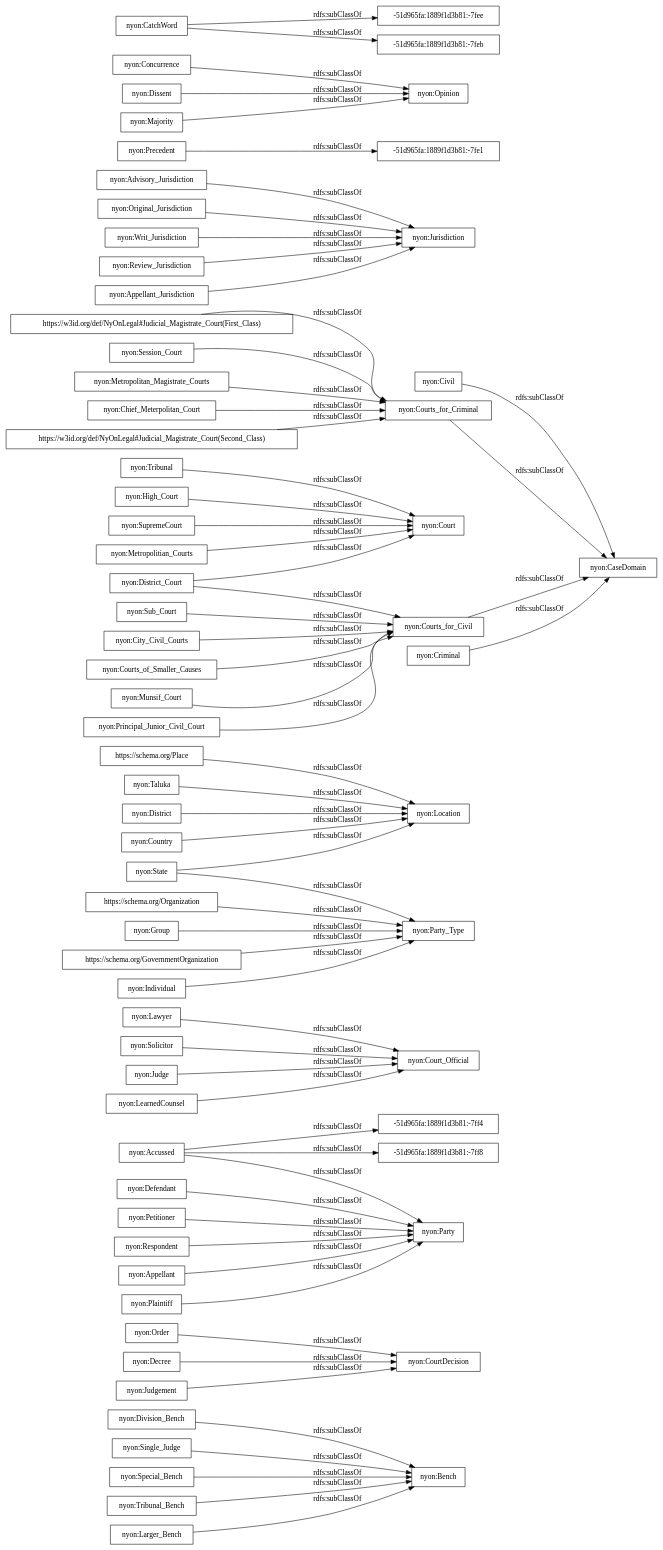
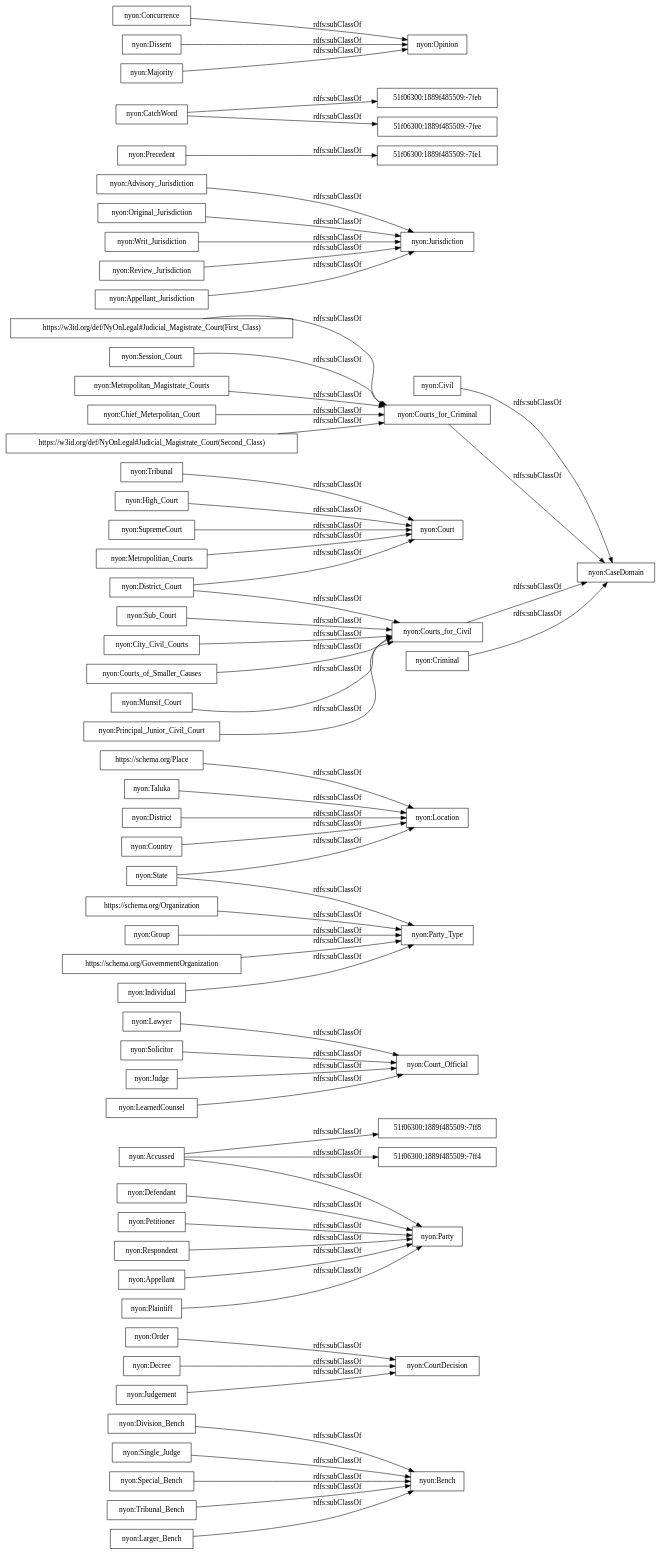
Before and after one commit to ahmad88me/NyOn: the diagram in OnToology/NyOn.owl/diagrams/ar2dtool-taxonomy/NyOn.owl.png.dot, drawn with Graphviz. The commit also changed 23 other files, not shown here.

```diff
--- a/OnToology/NyOn.owl/diagrams/ar2dtool-taxonomy/NyOn.owl.png.dot
+++ b/OnToology/NyOn.owl/diagrams/ar2dtool-taxonomy/NyOn.owl.png.dot
@@ -1,67 +1,67 @@
 digraph ar2dtool_diagram { 
 rankdir=LR;
 size="1000"
-node [shape = rectangle, color="black"]; "nyon:Division_Bench" "nyon:Order" "nyon:Decree" "nyon:Bench" "nyon:Party" "-51d965fa:1889f1d3b81:-7ff8" "nyon:Defendant" "nyon:Lawyer" "https://schema.org/Place" "nyon:Accussed" "nyon:Civil" "nyon:Taluka" "nyon:Principal_Junior_Civil_Court" "nyon:Solicitor" "nyon:Advisory_Jurisdiction" "nyon:Single_Judge" "nyon:Session_Court" "nyon:Metropolitan_Magistrate_Courts" "nyon:District_Court" "nyon:Chief_Meterpolitan_Court" "nyon:Original_Jurisdiction" "nyon:Court_Official" "nyon:Precedent" "nyon:Court" "nyon:High_Court" "https://w3id.org/def/NyOnLegal#Judicial_Magistrate_Court(Second_Class)" "nyon:State" "nyon:Concurrence" "nyon:Courts_for_Criminal" "nyon:Courts_for_Civil" "nyon:Writ_Jurisdiction" "nyon:Location" "nyon:District" "nyon:Review_Jurisdiction" "nyon:City_Civil_Courts" "nyon:Appellant_Jurisdiction" "nyon:SupremeCourt" "nyon:Special_Bench" "nyon:Individual" "nyon:Opinion" "nyon:Judge" "nyon:Courts_of_Smaller_Causes" "nyon:Judgement" "nyon:LearnedCounsel" "-51d965fa:1889f1d3b81:-7fee" "nyon:Tribunal_Bench" "nyon:Jurisdiction" "https://schema.org/Organization" "nyon:Metropolitian_Courts" "nyon:Criminal" "nyon:Group" "nyon:Appellant" "nyon:Munsif_Court" "nyon:CatchWord" "-51d965fa:1889f1d3b81:-7ff4" "nyon:Dissent" "nyon:Party_Type" "nyon:Plaintiff" "nyon:Country" "nyon:CourtDecision" "nyon:Tribunal" "nyon:Majority" "nyon:Petitioner" "nyon:CaseDomain" "nyon:Sub_Court" "https://schema.org/GovernmentOrganization" "nyon:Larger_Bench" "-51d965fa:1889f1d3b81:-7feb" "https://w3id.org/def/NyOnLegal#Judicial_Magistrate_Court(First_Class)" "-51d965fa:1889f1d3b81:-7fe1" "nyon:Respondent" ; /*classes style*/
+node [shape = rectangle, color="black"]; "nyon:Division_Bench" "nyon:Order" "nyon:Decree" "nyon:Bench" "nyon:Party" "nyon:Defendant" "nyon:Lawyer" "https://schema.org/Place" "nyon:Accussed" "nyon:Civil" "nyon:Taluka" "nyon:Principal_Junior_Civil_Court" "nyon:Solicitor" "nyon:Advisory_Jurisdiction" "nyon:Single_Judge" "nyon:Session_Court" "nyon:Metropolitan_Magistrate_Courts" "nyon:District_Court" "nyon:Chief_Meterpolitan_Court" "nyon:Original_Jurisdiction" "nyon:Court_Official" "nyon:Precedent" "51f06300:1889f485509:-7feb" "nyon:Court" "nyon:High_Court" "https://w3id.org/def/NyOnLegal#Judicial_Magistrate_Court(Second_Class)" "nyon:State" "nyon:Concurrence" "nyon:Courts_for_Criminal" "nyon:Courts_for_Civil" "51f06300:1889f485509:-7fee" "nyon:Writ_Jurisdiction" "nyon:Location" "nyon:District" "nyon:Review_Jurisdiction" "nyon:SupremeCourt" "nyon:City_Civil_Courts" "nyon:Special_Bench" "nyon:Appellant_Jurisdiction" "nyon:Individual" "nyon:Opinion" "nyon:Judge" "nyon:Courts_of_Smaller_Causes" "nyon:Judgement" "nyon:LearnedCounsel" "nyon:Tribunal_Bench" "nyon:Jurisdiction" "51f06300:1889f485509:-7fe1" "https://schema.org/Organization" "nyon:Metropolitian_Courts" "nyon:Criminal" "nyon:Group" "nyon:Appellant" "nyon:Munsif_Court" "nyon:CatchWord" "nyon:Dissent" "nyon:Party_Type" "nyon:Plaintiff" "nyon:Country" "nyon:CourtDecision" "nyon:Tribunal" "nyon:Majority" "nyon:Petitioner" "nyon:CaseDomain" "nyon:Sub_Court" "51f06300:1889f485509:-7ff4" "https://schema.org/GovernmentOrganization" "nyon:Larger_Bench" "51f06300:1889f485509:-7ff8" "https://w3id.org/def/NyOnLegal#Judicial_Magistrate_Court(First_Class)" "nyon:Respondent" ; /*classes style*/
 	"nyon:Writ_Jurisdiction" -> "nyon:Jurisdiction" [ label = "rdfs:subClassOf" ];
 	"nyon:Special_Bench" -> "nyon:Bench" [ label = "rdfs:subClassOf" ];
 	"https://schema.org/Place" -> "nyon:Location" [ label = "rdfs:subClassOf" ];
 	"nyon:Judge" -> "nyon:Court_Official" [ label = "rdfs:subClassOf" ];
 	"nyon:Petitioner" -> "nyon:Party" [ label = "rdfs:subClassOf" ];
 	"https://schema.org/GovernmentOrganization" -> "nyon:Party_Type" [ label = "rdfs:subClassOf" ];
 	"nyon:Original_Jurisdiction" -> "nyon:Jurisdiction" [ label = "rdfs:subClassOf" ];
 	"nyon:Appellant" -> "nyon:Party" [ label = "rdfs:subClassOf" ];
 	"nyon:Order" -> "nyon:CourtDecision" [ label = "rdfs:subClassOf" ];
 	"nyon:Review_Jurisdiction" -> "nyon:Jurisdiction" [ label = "rdfs:subClassOf" ];
 	"https://schema.org/Organization" -> "nyon:Party_Type" [ label = "rdfs:subClassOf" ];
 	"nyon:District_Court" -> "nyon:Courts_for_Civil" [ label = "rdfs:subClassOf" ];
 	"nyon:District_Court" -> "nyon:Court" [ label = "rdfs:subClassOf" ];
 	"nyon:Metropolitian_Courts" -> "nyon:Court" [ label = "rdfs:subClassOf" ];
 	"nyon:Munsif_Court" -> "nyon:Courts_for_Civil" [ label = "rdfs:subClassOf" ];
 	"nyon:Respondent" -> "nyon:Party" [ label = "rdfs:subClassOf" ];
 	"nyon:Chief_Meterpolitan_Court" -> "nyon:Courts_for_Criminal" [ label = "rdfs:subClassOf" ];
 	"nyon:Session_Court" -> "nyon:Courts_for_Criminal" [ label = "rdfs:subClassOf" ];
 	"nyon:Majority" -> "nyon:Opinion" [ label = "rdfs:subClassOf" ];
 	"nyon:LearnedCounsel" -> "nyon:Court_Official" [ label = "rdfs:subClassOf" ];
 	"nyon:SupremeCourt" -> "nyon:Court" [ label = "rdfs:subClassOf" ];
 	"nyon:Larger_Bench" -> "nyon:Bench" [ label = "rdfs:subClassOf" ];
 	"nyon:Single_Judge" -> "nyon:Bench" [ label = "rdfs:subClassOf" ];
 	"nyon:Dissent" -> "nyon:Opinion" [ label = "rdfs:subClassOf" ];
 	"nyon:City_Civil_Courts" -> "nyon:Courts_for_Civil" [ label = "rdfs:subClassOf" ];
 	"nyon:District" -> "nyon:Location" [ label = "rdfs:subClassOf" ];
 	"nyon:Decree" -> "nyon:CourtDecision" [ label = "rdfs:subClassOf" ];
 	"nyon:High_Court" -> "nyon:Court" [ label = "rdfs:subClassOf" ];
 	"nyon:Courts_for_Civil" -> "nyon:CaseDomain" [ label = "rdfs:subClassOf" ];
 	"nyon:Sub_Court" -> "nyon:Courts_for_Civil" [ label = "rdfs:subClassOf" ];
 	"nyon:Civil" -> "nyon:CaseDomain" [ label = "rdfs:subClassOf" ];
 	"nyon:Plaintiff" -> "nyon:Party" [ label = "rdfs:subClassOf" ];
 	"nyon:State" -> "nyon:Party_Type" [ label = "rdfs:subClassOf" ];
 	"nyon:State" -> "nyon:Location" [ label = "rdfs:subClassOf" ];
 	"nyon:Criminal" -> "nyon:CaseDomain" [ label = "rdfs:subClassOf" ];
 	"nyon:Principal_Junior_Civil_Court" -> "nyon:Courts_for_Civil" [ label = "rdfs:subClassOf" ];
 	"nyon:Tribunal" -> "nyon:Court" [ label = "rdfs:subClassOf" ];
 	"https://w3id.org/def/NyOnLegal#Judicial_Magistrate_Court(Second_Class)" -> "nyon:Courts_for_Criminal" [ label = "rdfs:subClassOf" ];
 	"nyon:Courts_for_Criminal" -> "nyon:CaseDomain" [ label = "rdfs:subClassOf" ];
-	"nyon:Precedent" -> "-51d965fa:1889f1d3b81:-7fe1" [ label = "rdfs:subClassOf" ];
+	"nyon:Precedent" -> "51f06300:1889f485509:-7fe1" [ label = "rdfs:subClassOf" ];
 	"nyon:Concurrence" -> "nyon:Opinion" [ label = "rdfs:subClassOf" ];
-	"nyon:CatchWord" -> "-51d965fa:1889f1d3b81:-7feb" [ label = "rdfs:subClassOf" ];
-	"nyon:CatchWord" -> "-51d965fa:1889f1d3b81:-7fee" [ label = "rdfs:subClassOf" ];
+	"nyon:CatchWord" -> "51f06300:1889f485509:-7feb" [ label = "rdfs:subClassOf" ];
+	"nyon:CatchWord" -> "51f06300:1889f485509:-7fee" [ label = "rdfs:subClassOf" ];
 	"nyon:Solicitor" -> "nyon:Court_Official" [ label = "rdfs:subClassOf" ];
 	"nyon:Courts_of_Smaller_Causes" -> "nyon:Courts_for_Civil" [ label = "rdfs:subClassOf" ];
 	"nyon:Defendant" -> "nyon:Party" [ label = "rdfs:subClassOf" ];
-	"nyon:Accussed" -> "-51d965fa:1889f1d3b81:-7ff4" [ label = "rdfs:subClassOf" ];
-	"nyon:Accussed" -> "-51d965fa:1889f1d3b81:-7ff8" [ label = "rdfs:subClassOf" ];
+	"nyon:Accussed" -> "51f06300:1889f485509:-7ff4" [ label = "rdfs:subClassOf" ];
+	"nyon:Accussed" -> "51f06300:1889f485509:-7ff8" [ label = "rdfs:subClassOf" ];
 	"nyon:Accussed" -> "nyon:Party" [ label = "rdfs:subClassOf" ];
 	"nyon:Group" -> "nyon:Party_Type" [ label = "rdfs:subClassOf" ];
 	"nyon:Country" -> "nyon:Location" [ label = "rdfs:subClassOf" ];
 	"nyon:Tribunal_Bench" -> "nyon:Bench" [ label = "rdfs:subClassOf" ];
 	"nyon:Lawyer" -> "nyon:Court_Official" [ label = "rdfs:subClassOf" ];
 	"nyon:Taluka" -> "nyon:Location" [ label = "rdfs:subClassOf" ];
 	"nyon:Judgement" -> "nyon:CourtDecision" [ label = "rdfs:subClassOf" ];
 	"nyon:Division_Bench" -> "nyon:Bench" [ label = "rdfs:subClassOf" ];
 	"nyon:Advisory_Jurisdiction" -> "nyon:Jurisdiction" [ label = "rdfs:subClassOf" ];
 	"nyon:Metropolitan_Magistrate_Courts" -> "nyon:Courts_for_Criminal" [ label = "rdfs:subClassOf" ];
 	"nyon:Appellant_Jurisdiction" -> "nyon:Jurisdiction" [ label = "rdfs:subClassOf" ];
 	"nyon:Individual" -> "nyon:Party_Type" [ label = "rdfs:subClassOf" ];
 	"https://w3id.org/def/NyOnLegal#Judicial_Magistrate_Court(First_Class)" -> "nyon:Courts_for_Criminal" [ label = "rdfs:subClassOf" ];
 
 }
```
